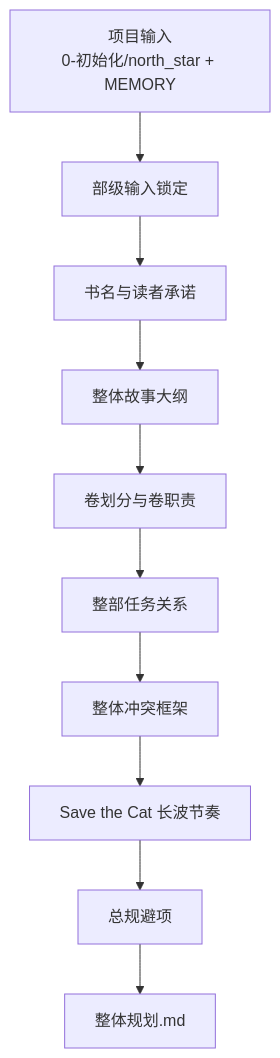
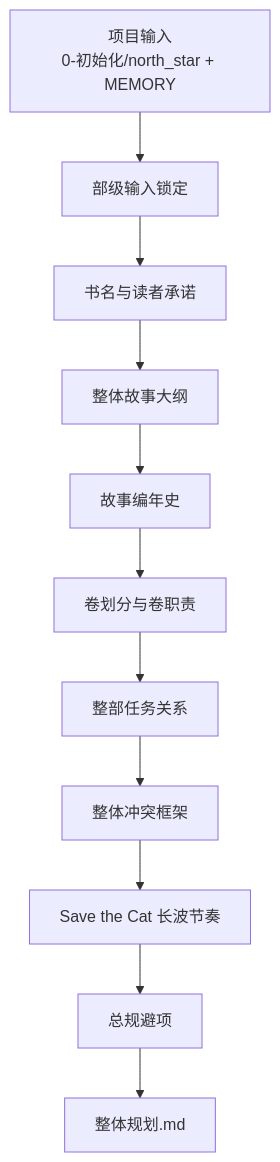
The first of 2 diagrams in .agents/skills/story/2-卷章/1-部级/SKILL.md (ZEN-VOID/AI-CUT), drawn with Mermaid before and after one commit. The commit also changed other lines of this file and 45 other files, not shown here.

````diff
--- a/.agents/skills/story/2-卷章/1-部级/SKILL.md
+++ b/.agents/skills/story/2-卷章/1-部级/SKILL.md
@@ -83,12 +85,13 @@
 ```mermaid
 flowchart TD
     A["项目输入<br/>0-初始化/north_star + MEMORY"] --> B["部级输入锁定"]
     B --> C["书名与读者承诺"]
     C --> D["整体故事大纲"]
-    D --> E["卷划分与卷职责"]
-    E --> F["整部任务关系"]
-    F --> G["整体冲突框架"]
-    G --> H["Save the Cat 长波节奏"]
-    H --> I["总规避项"]
-    I --> J["整体规划.md"]
+    D --> E["故事编年史"]
+    E --> F["卷划分与卷职责"]
+    F --> G["整部任务关系"]
+    G --> H["整体冲突框架"]
+    H --> I["Save the Cat 长波节奏"]
+    I --> J["总规避项"]
+    J --> K["整体规划.md"]
 ```
````
